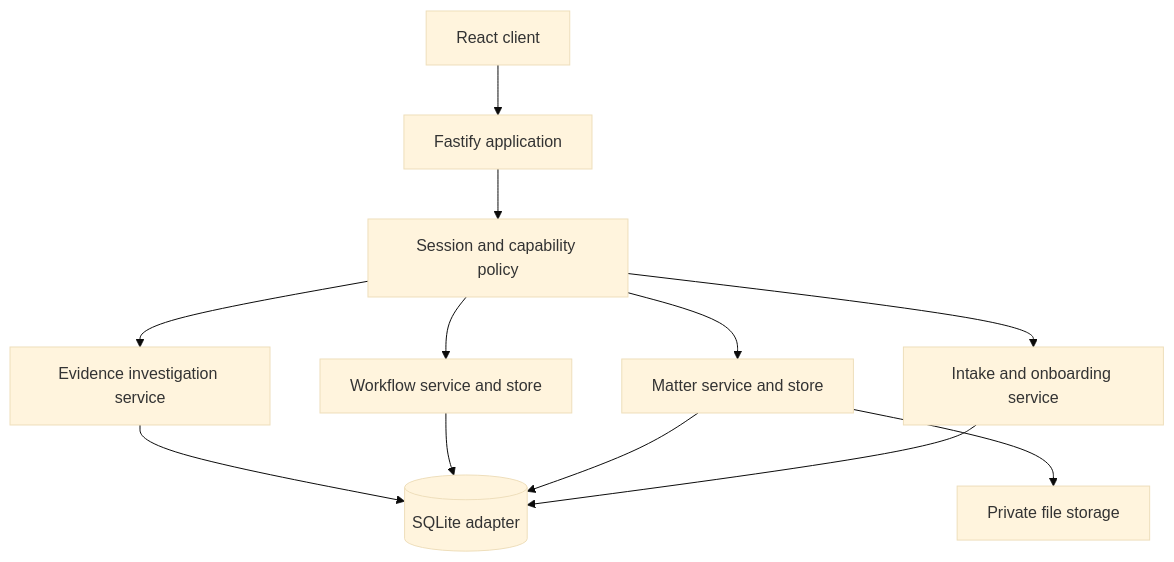
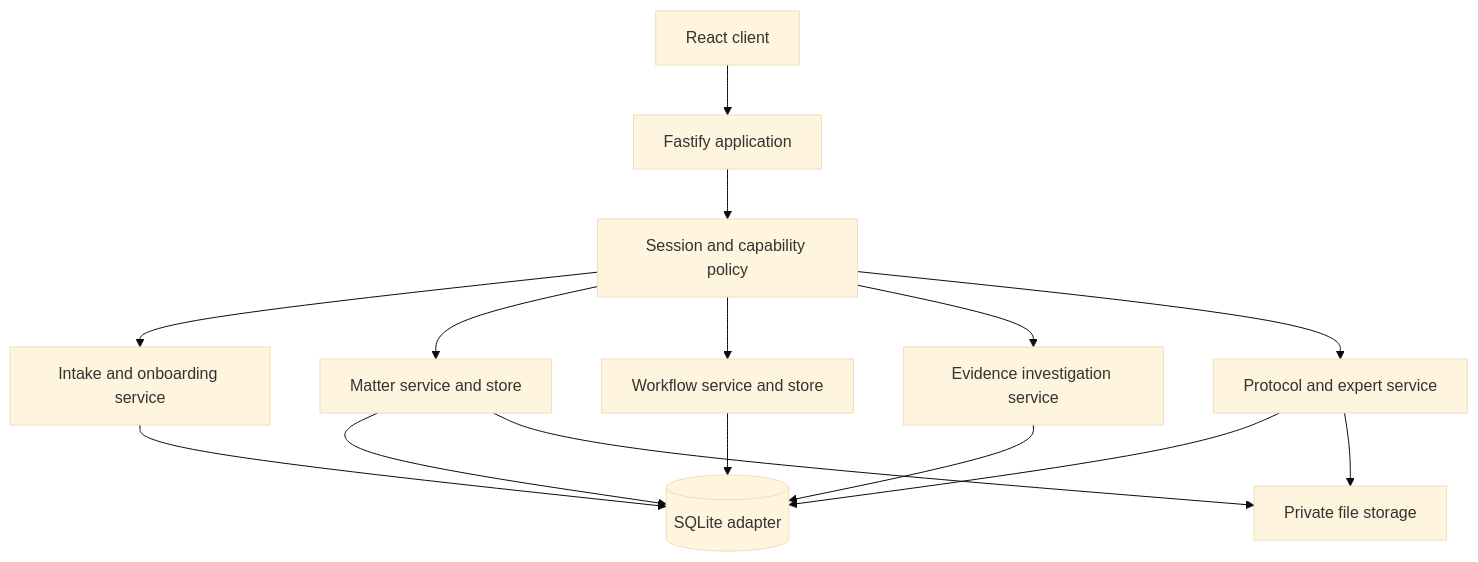
The diagram in README.md (Ments123/SwiftClaim), drawn with Mermaid (base theme) before and after one commit. The commit also changed other lines of this file and 52 other files, not shown here.

First line of the commit message:
feat: add governed protocol and expert controls (#2)

````diff
--- a/README.md
+++ b/README.md
@@ -140,14 +163,17 @@
 ```mermaid
 flowchart TD
   Browser[React client] --> API[Fastify application]
   API --> Policy[Session and capability policy]
   Policy --> Intake["Intake and onboarding service"]
   Policy --> Matter["Matter service and store"]
   Policy --> Workflow["Workflow service and store"]
   Policy --> Evidence["Evidence investigation service"]
+  Policy --> Protocol["Protocol and expert service"]
   Intake --> DB[(SQLite adapter)]
   Matter --> DB[(SQLite adapter)]
   Workflow --> DB
   Evidence --> DB
+  Protocol --> DB
+  Protocol --> Files
   Matter --> Files[Private file storage]
 ```
````
